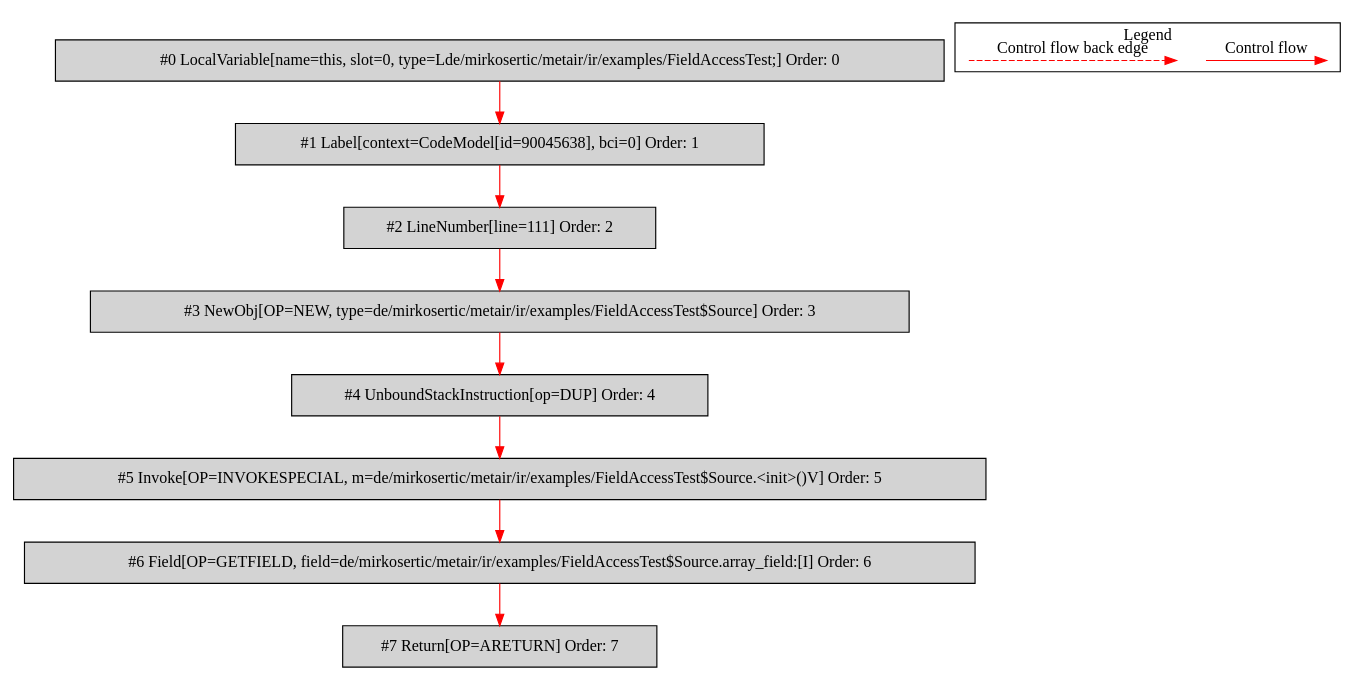
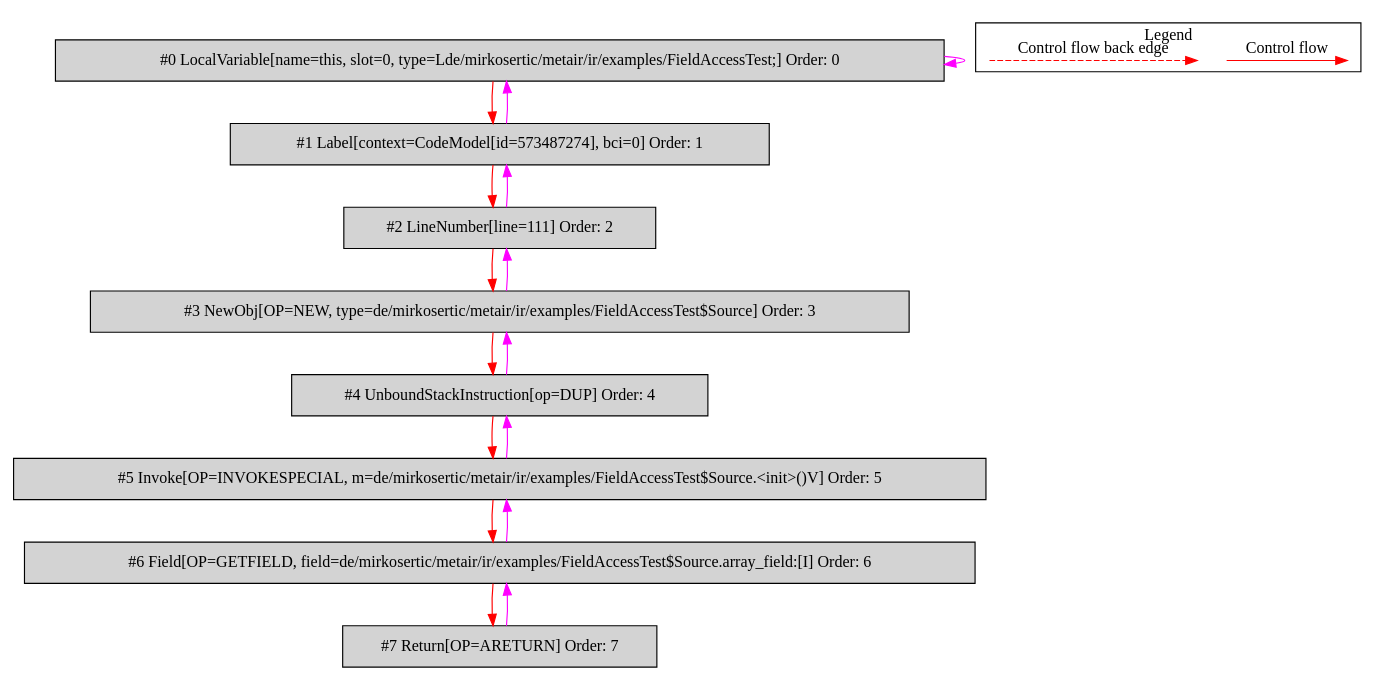
The diagram in de.mirkosertic.metair.ir.examples.FieldAccessTest/return_array/bytecodecfg.dot (mirkosertic/MetaIR), drawn with Graphviz before and after one commit. The commit also changed 1685 other files, not shown here.

```diff
--- a/de.mirkosertic.metair.ir.examples.FieldAccessTest/return_array/bytecodecfg.dot
+++ b/de.mirkosertic.metair.ir.examples.FieldAccessTest/return_array/bytecodecfg.dot
@@ -1,32 +1,40 @@
 digraph {
  ordering="in";
  node0[label="#0 LocalVariable[name=this, slot=0, type=Lde/mirkosertic/metair/ir/examples/FieldAccessTest;] Order: 0", shape=box, fillcolor=lightgrey, style=filled];
- node1[label="#1 Label[context=CodeModel[id=90045638], bci=0] Order: 1", shape=box, fillcolor=lightgrey, style=filled];
+ node1[label="#1 Label[context=CodeModel[id=573487274], bci=0] Order: 1", shape=box, fillcolor=lightgrey, style=filled];
  node2[label="#2 LineNumber[line=111] Order: 2", shape=box, fillcolor=lightgrey, style=filled];
  node3[label="#3 NewObj[OP=NEW, type=de/mirkosertic/metair/ir/examples/FieldAccessTest$Source] Order: 3", shape=box, fillcolor=lightgrey, style=filled];
  node4[label="#4 UnboundStackInstruction[op=DUP] Order: 4", shape=box, fillcolor=lightgrey, style=filled];
  node5[label="#5 Invoke[OP=INVOKESPECIAL, m=de/mirkosertic/metair/ir/examples/FieldAccessTest$Source.<init>()V] Order: 5", shape=box, fillcolor=lightgrey, style=filled];
  node6[label="#6 Field[OP=GETFIELD, field=de/mirkosertic/metair/ir/examples/FieldAccessTest$Source.array_field:[I] Order: 6", shape=box, fillcolor=lightgrey, style=filled];
  node7[label="#7 Return[OP=ARETURN] Order: 7", shape=box, fillcolor=lightgrey, style=filled];
+ node0 -> node0[color=fuchsia];
  node0 -> node1[color=red];
+ node1 -> node0[color=fuchsia];
  node1 -> node2[color=red];
+ node2 -> node1[color=fuchsia];
  node2 -> node3[color=red];
+ node3 -> node2[color=fuchsia];
  node3 -> node4[color=red];
+ node4 -> node3[color=fuchsia];
  node4 -> node5[color=red];
+ node5 -> node4[color=fuchsia];
  node5 -> node6[color=red];
+ node6 -> node5[color=fuchsia];
  node6 -> node7[color=red];
+ node7 -> node6[color=fuchsia];
  subgraph cluster_000 {
   label = "Legend";
   node [shape=point]
   {
    rank=same;
    c0 [style = invis];
    c1 [style = invis];
    c2 [style = invis];
    c3 [style = invis];
   }
   c0 -> c1 [label="Control flow", style=solid, color=red]
   c2 -> c3 [label="Control flow back edge", style=dashed, color=red]
  }
 
 }
```
